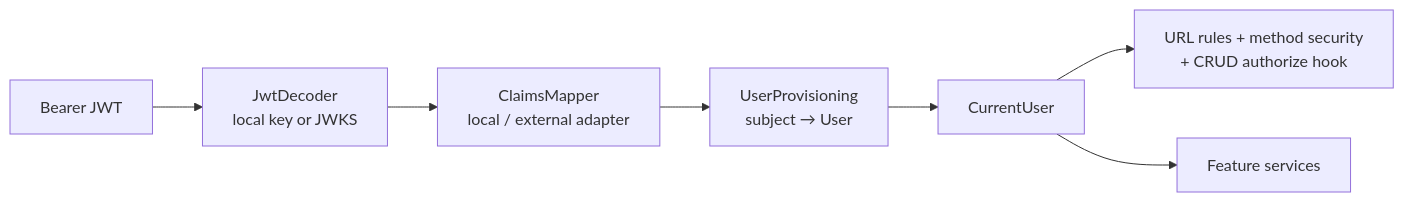
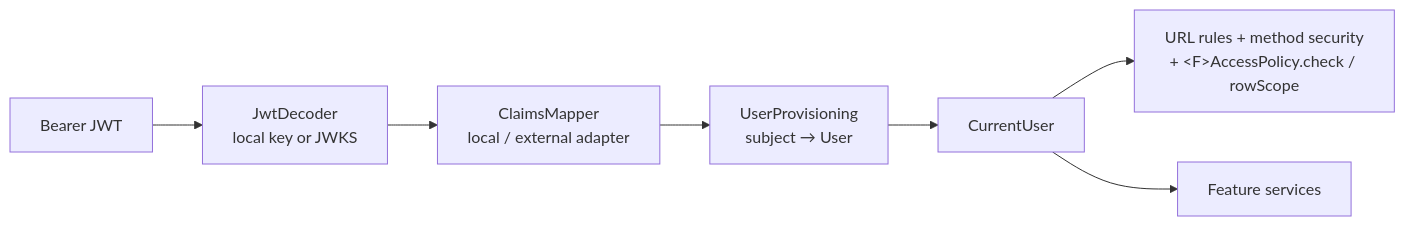
Before and after one commit to JoseLievano/spring-boot-backend-skill: the second of 2 diagrams in documentation/Features/to-do/Spring-Boot-Architecture-Guide-and-Base-Project.md, drawn with Mermaid. The commit also changed other lines of this file and 3 other files, not shown here.

````diff
--- a/documentation/Features/to-do/Spring-Boot-Architecture-Guide-and-Base-Project.md
+++ b/documentation/Features/to-do/Spring-Boot-Architecture-Guide-and-Base-Project.md
@@ -461,9 +524,9 @@
 ```mermaid
 flowchart LR
     T[Bearer JWT] --> D[JwtDecoder<br/>local key or JWKS]
     D --> M[ClaimsMapper<br/>local / external adapter]
     M --> P[UserProvisioning<br/>subject → User]
     P --> CU[CurrentUser]
-    CU --> A[URL rules + method security<br/>+ CRUD authorize hook]
+    CU --> A[URL rules + method security<br/>+ &lt;F&gt;AccessPolicy.check / rowScope]
     CU --> F[Feature services]
 ```
````
